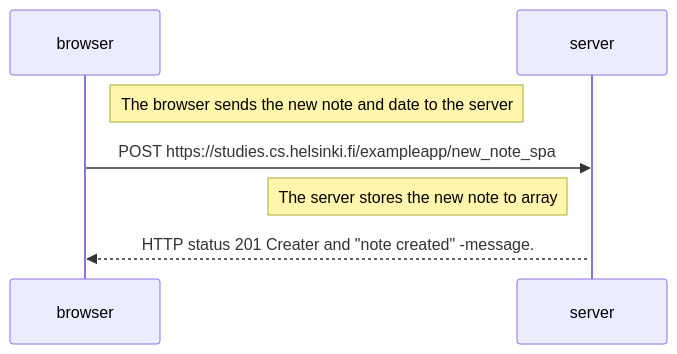
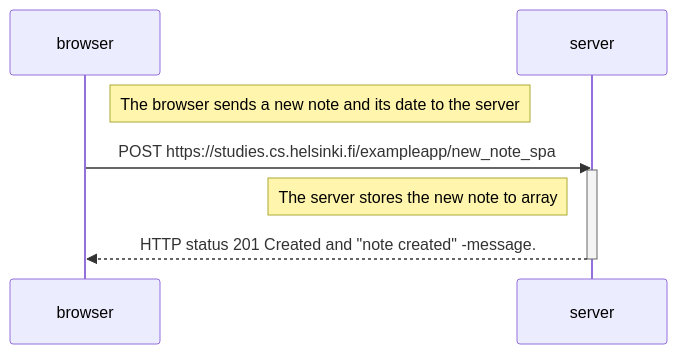
One commit to jarssoft/Fullstack-kurssi changed the diagram in osa 0/singlepageapp_newnote.md. Above: the diagram before and after it, drawn with Mermaid. The commit also changed 1 other file, not shown here.

Commit message:
Pieniä korjauksia.

````diff
--- a/osa 0/singlepageapp_newnote.md
+++ b/osa 0/singlepageapp_newnote.md
@@ -2,14 +2,15 @@
 ```mermaid
 sequenceDiagram
     participant browser
     participant server
     
-    Note right of browser: The browser sends the new note and date to the server
+    Note right of browser: The browser sends a new note and its date to the server
     
     browser->>server: POST https://studies.cs.helsinki.fi/exampleapp/new_note_spa
     activate server
     
     Note left of server: The server stores the new note to array
     
-    server-->>browser: HTTP status 201 Creater and "note created" -message.
+    server-->>browser: HTTP status 201 Created and "note created" -message.
+    deactivate server
 ```
````
